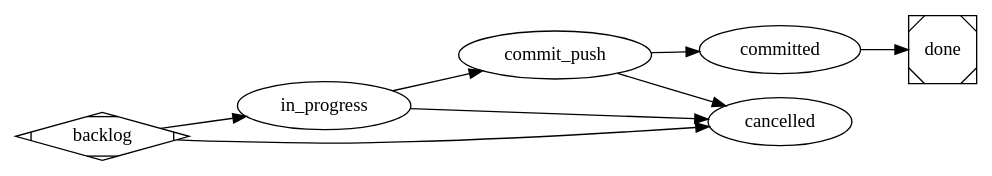
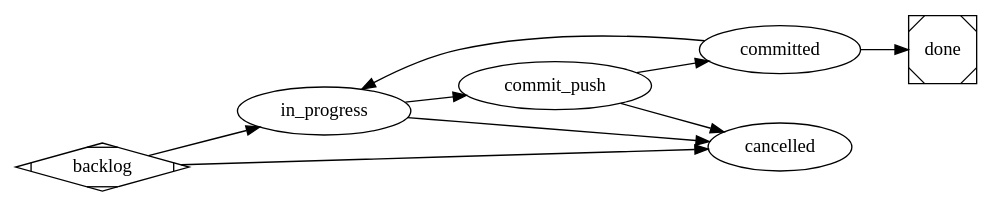
One commit to bobmcallan/satelle changed the diagram in .satelle/workflows/satelle-project-workflow.md. Above: the diagram before and after it, drawn with Graphviz. The commit also changed other lines of this file, not shown here.

First line of the commit message:
feat(workflow): add committed→in_progress recovery edge to the project workflow (sty_a5ad62d9)

````diff
--- a/.satelle/workflows/satelle-project-workflow.md
+++ b/.satelle/workflows/satelle-project-workflow.md
@@ -35,19 +38,21 @@
 ```dot
 digraph satelle_workflow {
   graph [goal="Drive a story to done — every gate accepted, the commit-push release verified by CI", vars="story, repo_root"]
   rankdir=LR
 
   backlog     [shape=Mdiamond]
   in_progress [actor=executor]
   commit_push [actor=executor, prompt="@skill:commit-push"]
   committed   [actor=reviewer, prompt="@skill:satelle-commit-push-review"]
   done        [shape=Msquare, actor=reviewer, prompt="@skill:satelle-story-done-review"]
   cancelled   [actor=reviewer, prompt="@skill:satelle-story-cancel-review"]
 
   backlog -> in_progress -> commit_push -> committed -> done
 
+  committed   -> in_progress  // recovery: a done-review reject returns to work
+
   backlog     -> cancelled
   in_progress -> cancelled
   commit_push -> cancelled
 }
 ```
````
